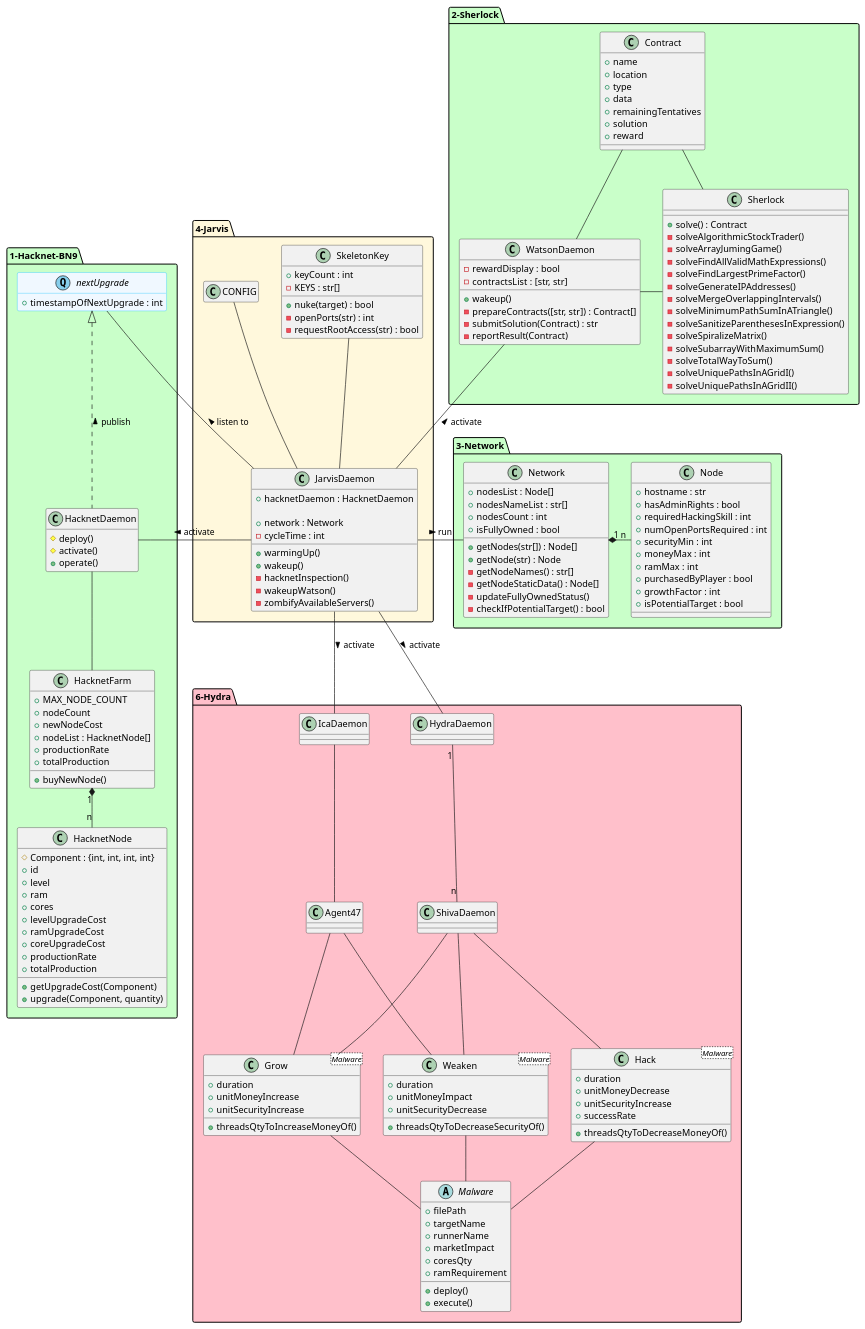
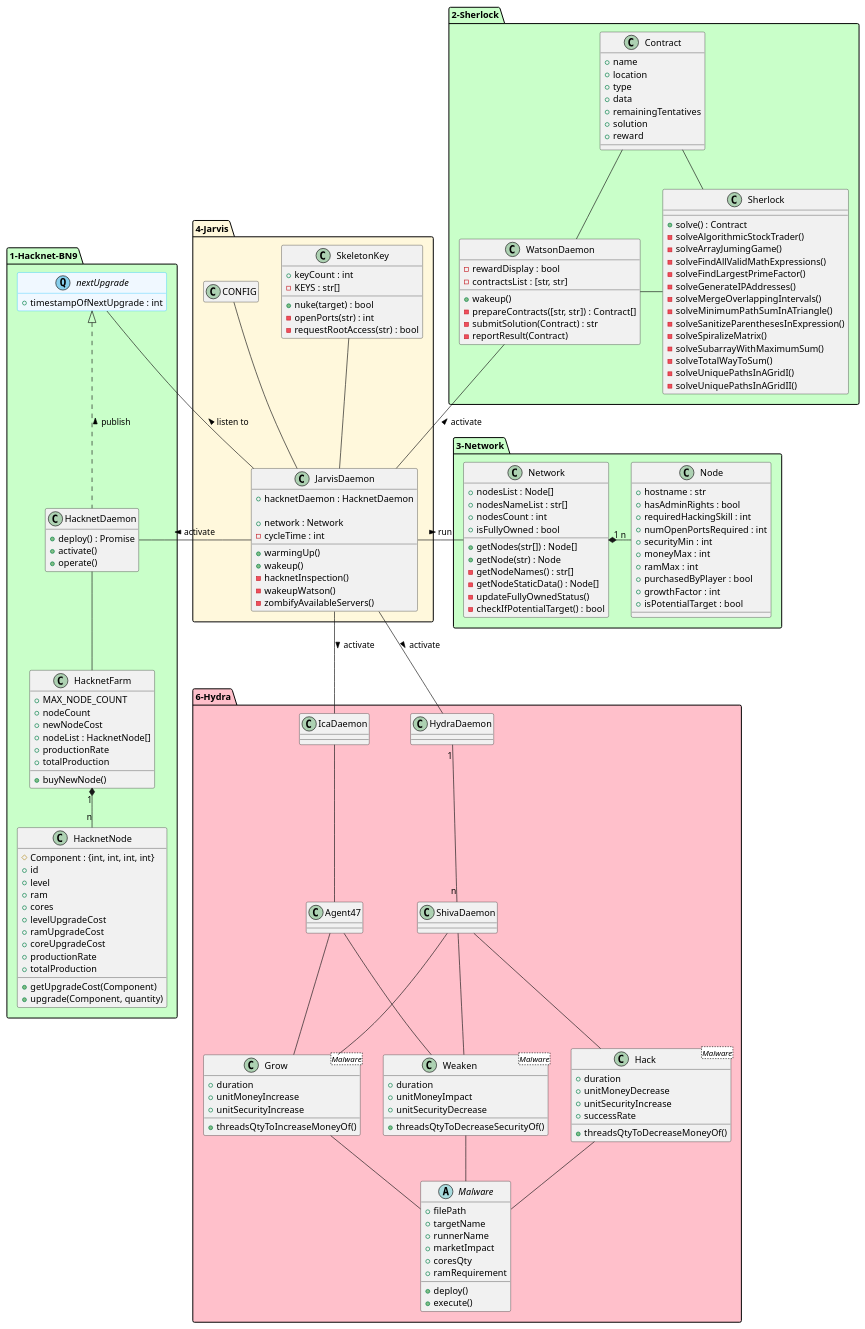
The diagram in assets/classdiagram.iuml (Desvart/bitburner), drawn with PlantUML before and after one commit.

Commit message:
Update with latest modif from Hacknet module.

```diff
--- a/assets/classdiagram.iuml
+++ b/assets/classdiagram.iuml
@@ -12,8 +12,8 @@
   'entity hacknet <<F, lawngreen>> #technology;line:green {}
 
   class HacknetDaemon {
-    #deploy()
-    #activate()
+    +deploy() : Promise
+    +activate()
     +operate()
   }
 
```
